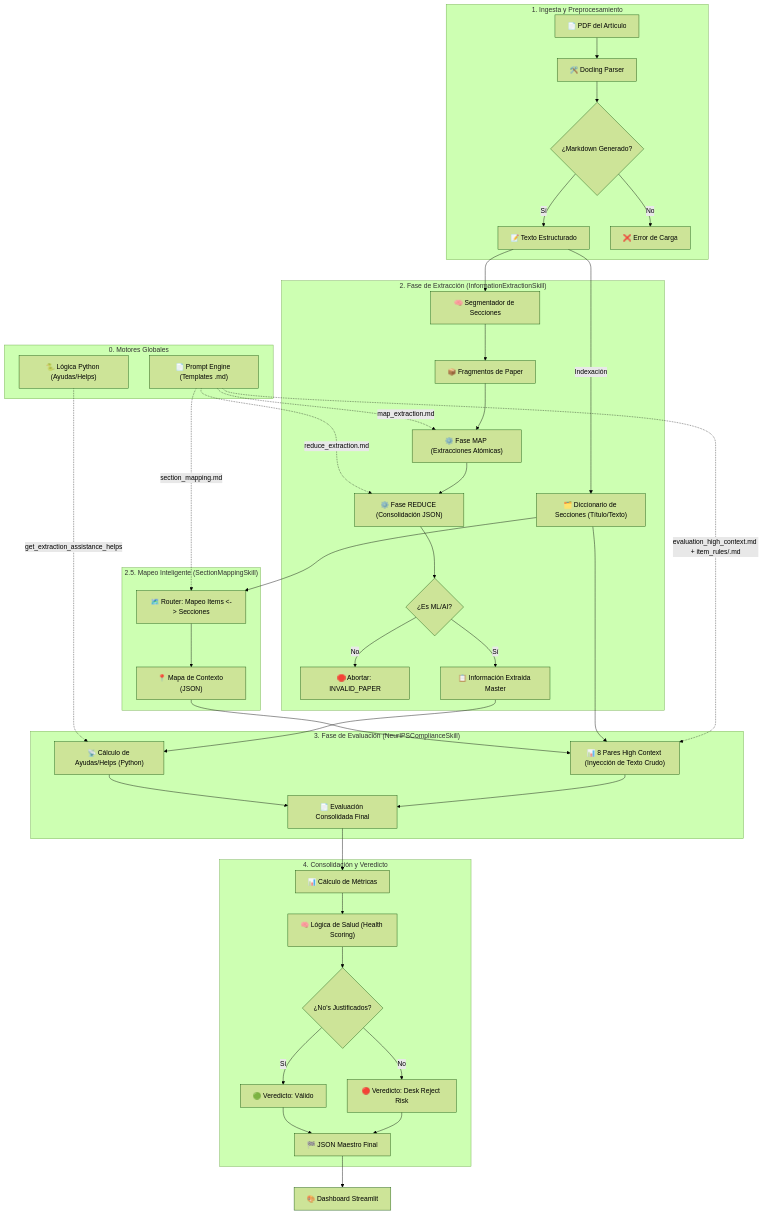
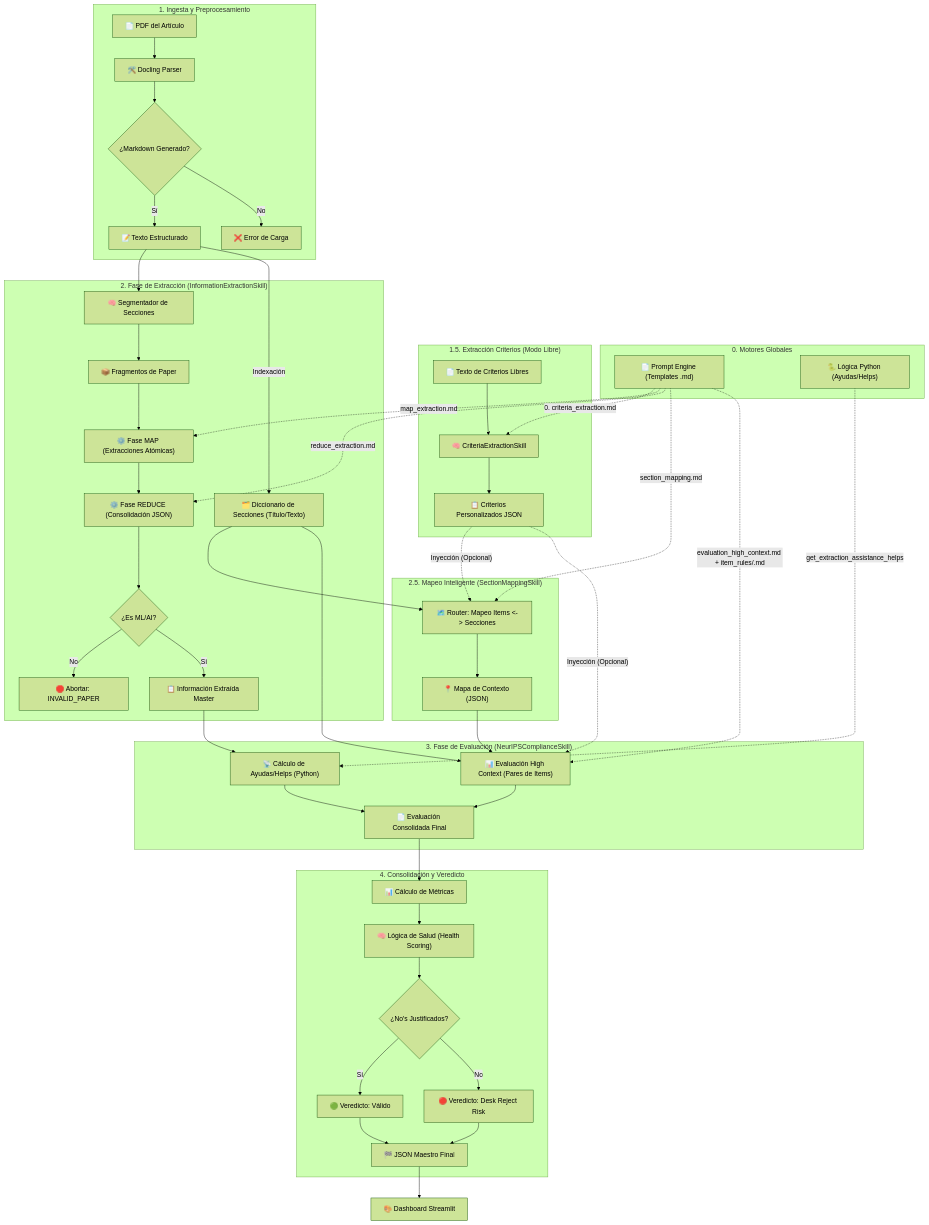
Before and after one commit to pedrosalvo04/TFG.-llm-paper-auditor: the diagram in AUDITOR_WORKFLOW.md, drawn with Mermaid (forest theme). The commit also changed other lines of this file and 2 other files, not shown here.

Commit message:
docs: Update workflows and architecture MD files to 100% reflect current code

````diff
--- a/AUDITOR_WORKFLOW.md
+++ b/AUDITOR_WORKFLOW.md
@@ -28,54 +28,62 @@
 ```mermaid
 graph TD
     subgraph "0. Motores Globales"
         PE["📄 Prompt Engine (Templates .md)"]
         PY["🐍 Lógica Python (Ayudas/Helps)"]
     end
 
     subgraph "1. Ingesta y Preprocesamiento"
         A["📄 PDF del Artículo"] --> B["🛠️ Docling Parser"]
         B --> C{"¿Markdown Generado?"}
         C -- "Sí" --> D["📝 Texto Estructurado"]
         C -- "No" --> E["❌ Error de Carga"]
+    end
+
+    subgraph "1.5. Extracción Criterios (Modo Libre)"
+        CR["📄 Texto de Criterios Libres"] --> CE["🧠 CriteriaExtractionSkill"]
+        PE -. "0. criteria_extraction.md" .-> CE
+        CE --> CD["📋 Criterios Personalizados JSON"]
     end
 
     subgraph "2. Fase de Extracción (InformationExtractionSkill)"
         D --> F["🧠 Segmentador de Secciones"]
         F --> G["📦 Fragmentos de Paper"]
         PE -. "map_extraction.md" .-> H
         G --> H["⚙️ Fase MAP (Extracciones Atómicas)"]
         PE -. "reduce_extraction.md" .-> I
         H --> I["⚙️ Fase REDUCE (Consolidación JSON)"]
         I --> J{"¿Es ML/AI?"}
         J -- "No" --> K["🛑 Abortar: INVALID_PAPER"]
         J -- "Sí" --> L["📋 Información Extraída Master"]
         D -- "Indexación" --> LS["🗂️ Diccionario de Secciones (Título/Texto)"]
     end
 
     subgraph "2.5. Mapeo Inteligente (SectionMappingSkill)"
         LS --> M1["🗺️ Router: Mapeo Items <-> Secciones"]
+        CD -. "Inyección (Opcional)" .-> M1
         PE -. "section_mapping.md" .-> M1
         M1 --> M2["📍 Mapa de Contexto (JSON)"]
     end
 
     subgraph "3. Fase de Evaluación (NeurIPSComplianceSkill)"
         PY -. "get_extraction_assistance_helps" .-> N1
         L --> N1["📡 Cálculo de Ayudas/Helps (Python)"]
         
-        M2 & LS --> N3["📊 8 Pares High Context (Inyección de Texto Crudo)"]
+        M2 & LS --> N3["📊 Evaluación High Context (Pares de Items)"]
+        CD -. "Inyección (Opcional)" .-> N3
         PE -. "evaluation_high_context.md + item_rules/<item>.md" .-> N3
         
         N1 & N3 --> O["📄 Evaluación Consolidada Final"]
     end
 
     subgraph "4. Consolidación y Veredicto"
         O --> V["📊 Cálculo de Métricas"]
         V --> W["🧠 Lógica de Salud (Health Scoring)"]
         W --> X{"¿No's Justificados?"}
         X -- "Sí" --> Y["🟢 Veredicto: Válido"]
         X -- "No" --> Z["🔴 Veredicto: Desk Reject Risk"]
         Y & Z --> AA["🏁 JSON Maestro Final"]
     end
 
     AA --> AB["🎨 Dashboard Streamlit"]
 ```
````
